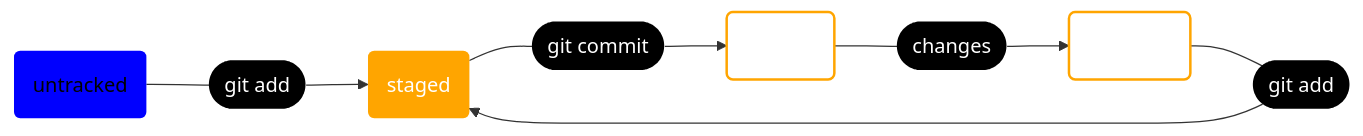
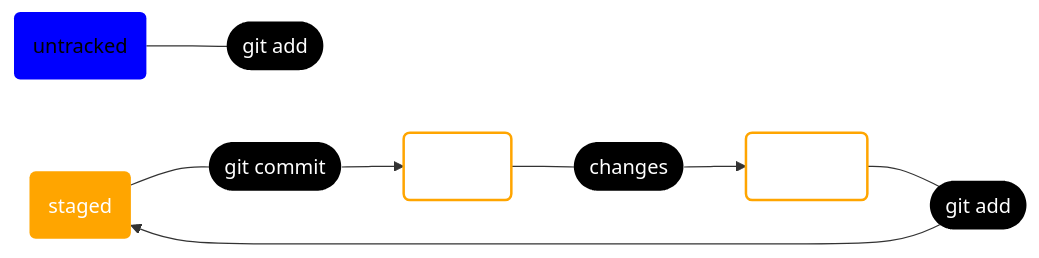
The second of 2 diagrams in README.md (Botalchik/Second-project), drawn with Mermaid before and after one commit. The commit also changed other lines of this file, not shown here.

````diff
--- a/README.md
+++ b/README.md
@@ -69,24 +69,23 @@
 ```mermaid
 flowchart LR
 classDef class1 fill:#fff,stroke:#ffa500,stroke-width:2px,color:#fff
 classDef class2 fill:#ffa500,stroke:#333,stroke-width:0px,color:#fff
 classDef class3 fill:#000000,stroke:#000000,stroke-width:0px,color:#fff
 classDef class4 fill:#0000ff,stroke:#000000,stroke-width:0px,color:#000000
 A(untracked):::class4
 C(staged):::class2
 G([git add]):::class3
 D(tracked):::class1
 E([git add]):::class3
 F([git commit]):::class3
 H([changes]):::class3
 B(modified):::class1
 G([git add]):::class3
 B---E
 E-->C
 C---F
 F-->D
 D---H
 H-->B
 A---G
-G-->C
 ```
````
